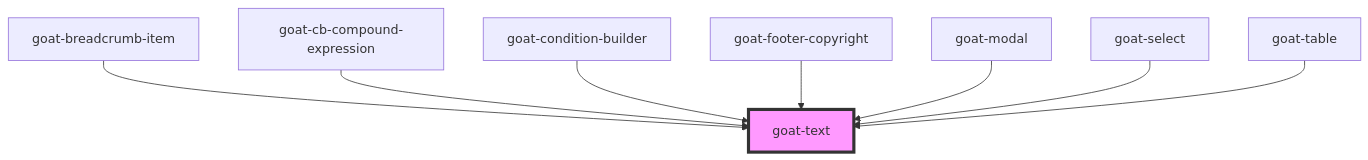
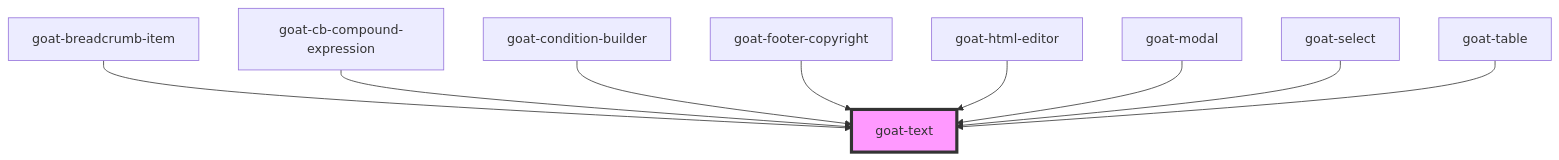
The diagram in src/components/text/readme.md (goatui/components), drawn with Mermaid before and after one commit. The commit also changed other lines of this file and 19 other files, not shown here.

````diff
--- a/src/components/text/readme.md
+++ b/src/components/text/readme.md
@@ -34,11 +35,12 @@
 ```mermaid
 graph TD;
   goat-breadcrumb-item --> goat-text
   goat-cb-compound-expression --> goat-text
   goat-condition-builder --> goat-text
   goat-footer-copyright --> goat-text
+  goat-html-editor --> goat-text
   goat-modal --> goat-text
   goat-select --> goat-text
   goat-table --> goat-text
   style goat-text fill:#f9f,stroke:#333,stroke-width:4px
 ```
````
